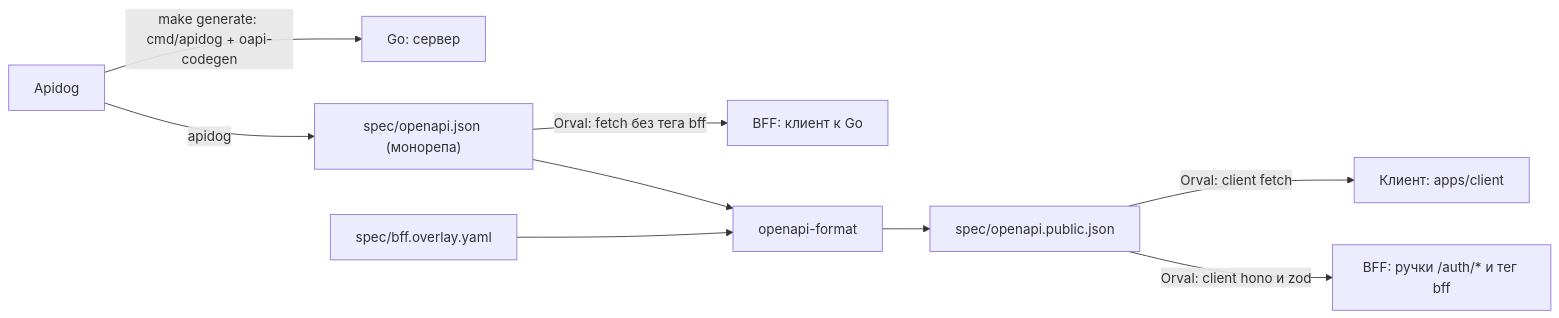
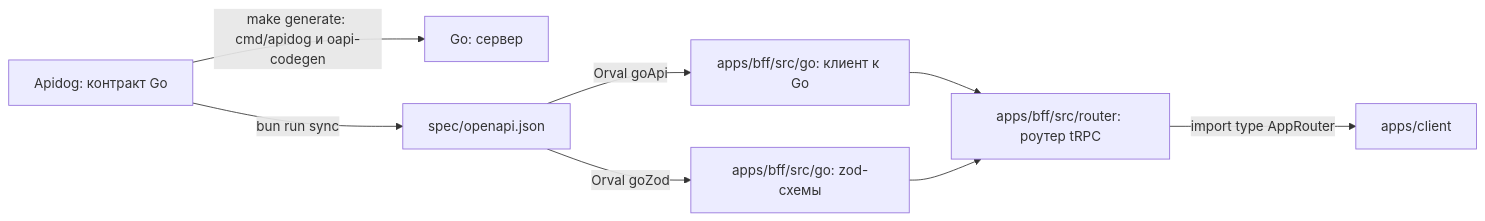
The diagram in site/modules/2026-10/tracks/bff/contract.md (Cringe-Driven-Development-Team/docs), drawn with Mermaid before and after one commit. The commit also changed other lines of this file and 1 other file, not shown here.

Commit message:
docs(bff): «Контракт» — роутер tRPC, Orval для Go, свой клиент

````diff
--- a/site/modules/2026-10/tracks/bff/contract.md
+++ b/site/modules/2026-10/tracks/bff/contract.md
@@ -17,11 +17,10 @@
 ```mermaid
 flowchart LR
-    D["Apidog"] -->|"make generate: cmd/apidog + oapi-codegen"| G["Go: сервер"]
-    D -->|"apidog"| O["spec/openapi.json (монорепа)"]
-    O -->|"Orval: fetch без тега bff"| BT["BFF: клиент к Go"]
-    O --> F["openapi-format"]
-    Y["spec/bff.overlay.yaml"] --> F
-    F --> P["spec/openapi.public.json"]
-    P -->|"Orval: client fetch"| C["Клиент: apps/client"]
-    P -->|"Orval: client hono и zod"| BS["BFF: ручки /auth/* и тег bff"]
+    D["Apidog: контракт Go"] -->|"make generate: cmd/apidog и oapi-codegen"| G["Go: сервер"]
+    D -->|"bun run sync"| S["spec/openapi.json"]
+    S -->|"Orval goApi"| GA["apps/bff/src/go: клиент к Go"]
+    S -->|"Orval goZod"| GZ["apps/bff/src/go: zod-схемы"]
+    GA --> R["apps/bff/src/router: роутер tRPC"]
+    GZ --> R
+    R -->|"import type AppRouter"| C["apps/client"]
 ```
````
